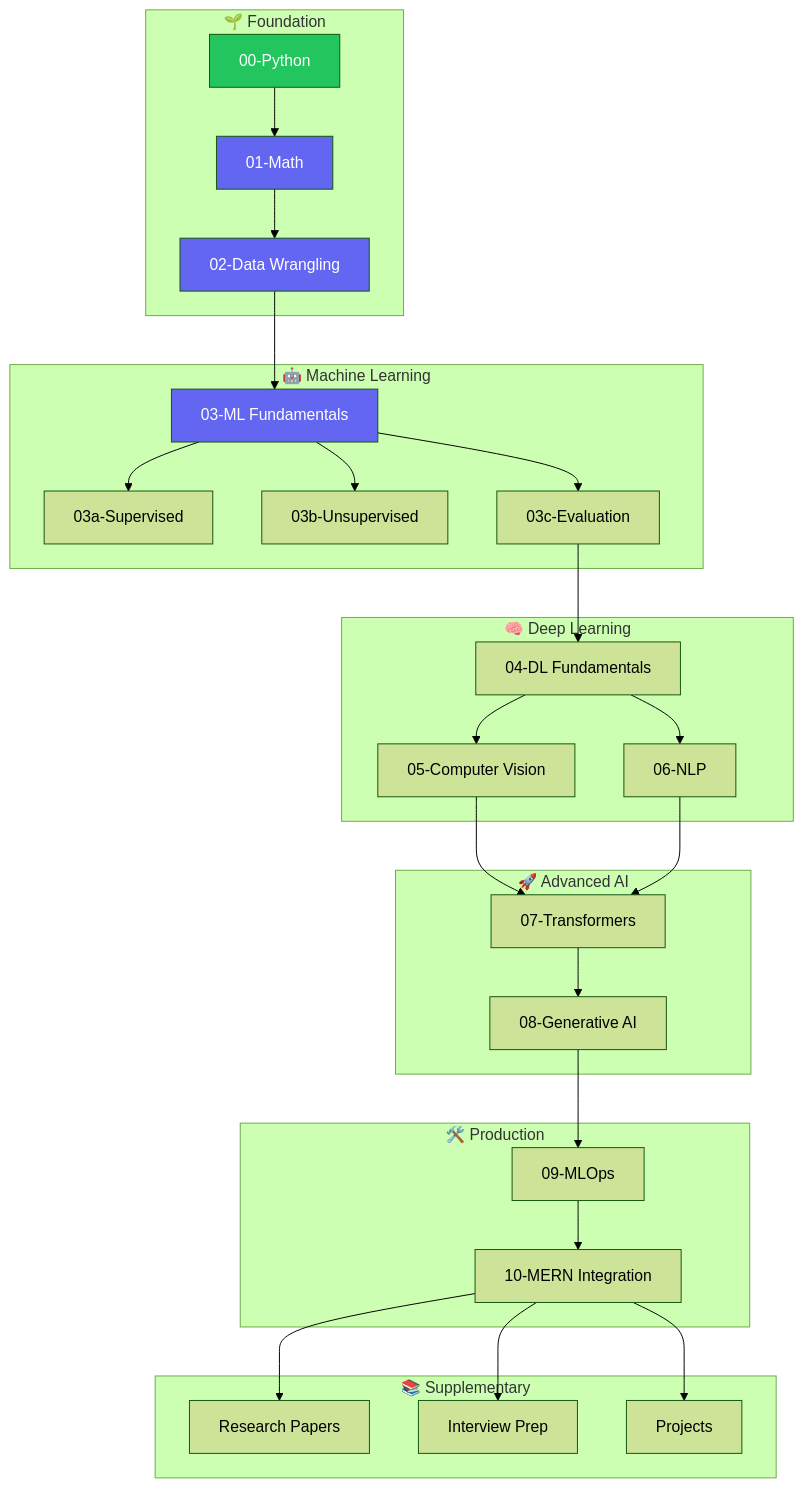
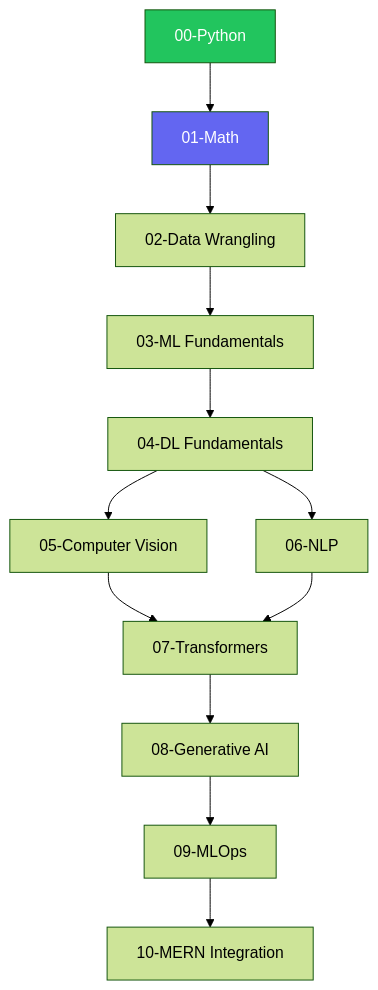
Before and after one commit to omunite215/Om-Learns-AI: the diagram in README.md, drawn with Mermaid (forest theme). The commit also changed other lines of this file, not shown here.

````diff
--- a/README.md
+++ b/README.md
@@ -192,46 +121,17 @@
 ```mermaid
 flowchart TD
-    subgraph Foundation ["🌱 Foundation"]
-        A[00-Python] --> B[01-Math]
-        B --> C[02-Data Wrangling]
-    end
-    
-    subgraph ML ["🤖 Machine Learning"]
-        C --> D[03-ML Fundamentals]
-        D --> D1[03a-Supervised]
-        D --> D2[03b-Unsupervised]
-        D --> D3[03c-Evaluation]
-    end
-    
-    subgraph DL ["🧠 Deep Learning"]
-        D3 --> E[04-DL Fundamentals]
-        E --> F[05-Computer Vision]
-        E --> G[06-NLP]
-    end
-    
-    subgraph Advanced ["🚀 Advanced AI"]
-        F --> H[07-Transformers]
-        G --> H
-        H --> I[08-Generative AI]
-    end
-    
-    subgraph Production ["🛠️ Production"]
-        I --> J[09-MLOps]
-        J --> K[10-MERN Integration]
-    end
-    
-    subgraph Extra ["📚 Supplementary"]
-        L[Research Papers]
-        M[Interview Prep]
-        N[Projects]
-    end
-    
-    K --> L
-    K --> M
-    K --> N
+    A[00-Python] --> B[01-Math]
+    B --> C[02-Data Wrangling]
+    C --> D[03-ML Fundamentals]
+    D --> E[04-DL Fundamentals]
+    E --> F[05-Computer Vision]
+    E --> G[06-NLP]
+    F --> H[07-Transformers]
+    G --> H
+    H --> I[08-Generative AI]
+    I --> J[09-MLOps]
+    J --> K[10-MERN Integration]
 
     style A fill:#22c55e,color:#fff
     style B fill:#6366f1,color:#fff
-    style C fill:#6366f1,color:#fff
-    style D fill:#6366f1,color:#fff
 ```
````
